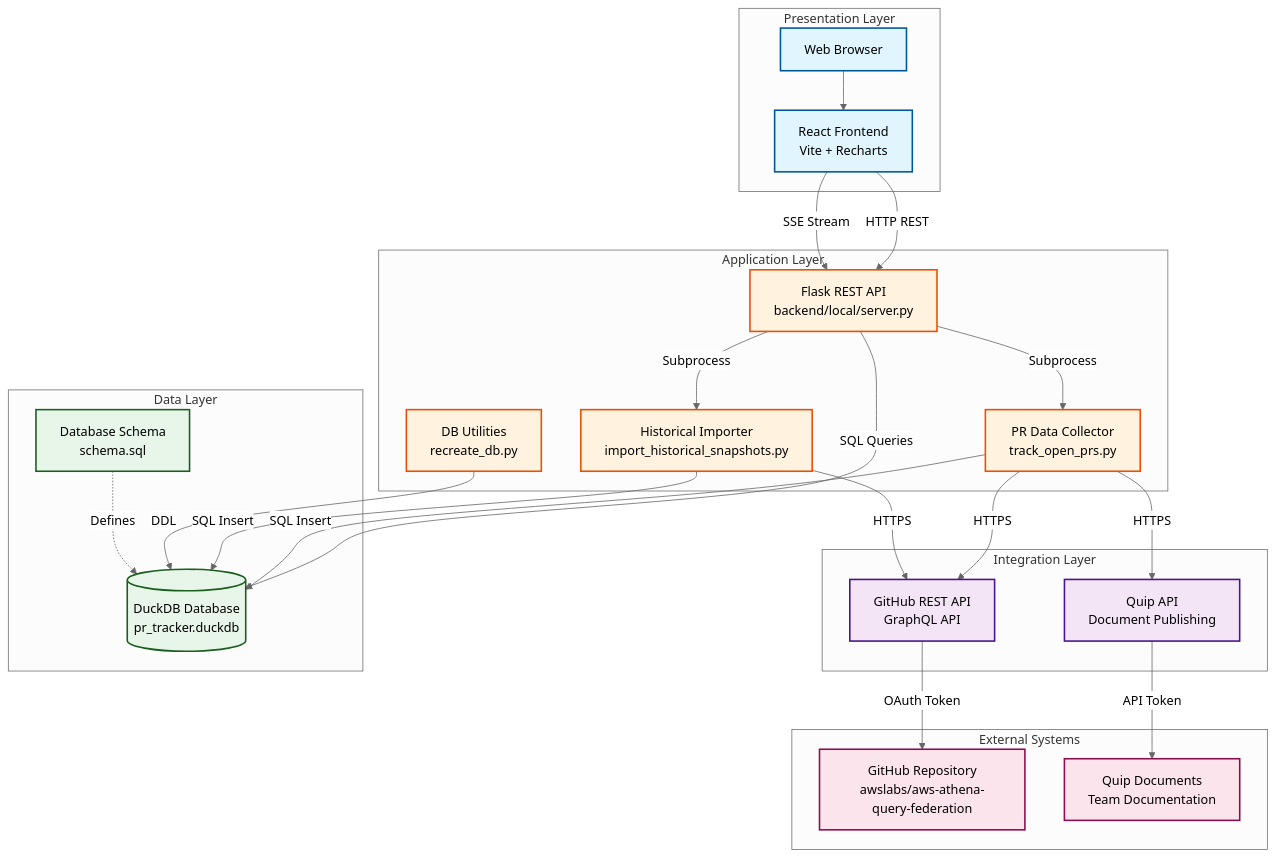
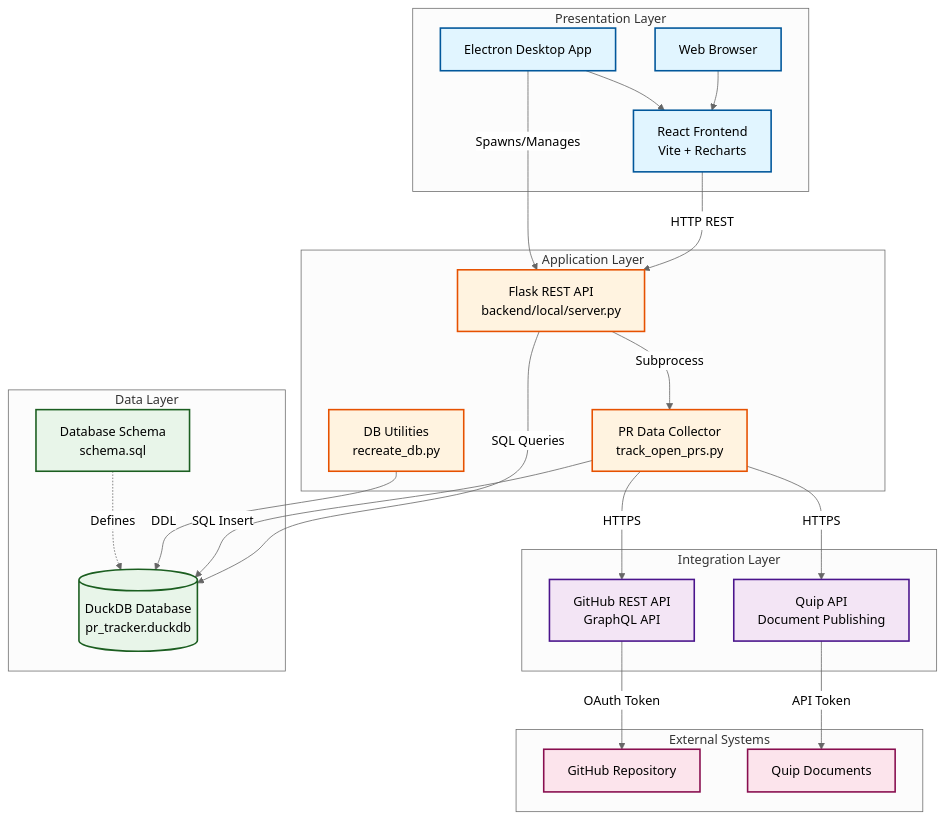
Before and after one commit to macohen/github_tools: the diagram in architecture.md, drawn with Mermaid (neutral theme). The commit also changed other lines of this file and 11 other files, not shown here.

First line of the commit message:
feat(electron): Add Electron desktop app wrapper with bundled backend

````diff
--- a/architecture.md
+++ b/architecture.md
@@ -5,65 +5,65 @@
 ```mermaid
 graph TB
     subgraph "Presentation Layer"
         UI[React Frontend<br/>Vite + Recharts]
         Browser[Web Browser]
+        ElectronApp[Electron Desktop App]
         Browser --> UI
+        ElectronApp --> UI
     end
 
     subgraph "Application Layer"
         API[Flask REST API<br/>backend/local/server.py]
         DataCollector[PR Data Collector<br/>track_open_prs.py]
-        HistImport[Historical Importer<br/>import_historical_snapshots.py]
         DBUtil[DB Utilities<br/>recreate_db.py]
     end
 
     subgraph "Integration Layer"
         GH_API[GitHub REST API<br/>GraphQL API]
         Quip_API[Quip API<br/>Document Publishing]
     end
 
     subgraph "Data Layer"
         DB[(DuckDB Database<br/>pr_tracker.duckdb)]
         Schema[Database Schema<br/>schema.sql]
     end
 
     subgraph "External Systems"
-        GitHub[GitHub Repository<br/>awslabs/aws-athena-query-federation]
-        Quip[Quip Documents<br/>Team Documentation]
+        GitHub[GitHub Repository]
+        Quip[Quip Documents]
     end
 
     %% Presentation to Application
     UI -->|HTTP REST| API
-    UI -->|SSE Stream| API
+
+    %% Electron manages backend lifecycle
+    ElectronApp -->|Spawns/Manages| API
 
     %% Application to Integration
     DataCollector -->|HTTPS| GH_API
     DataCollector -->|HTTPS| Quip_API
-    HistImport -->|HTTPS| GH_API
     API -->|Subprocess| DataCollector
-    API -->|Subprocess| HistImport
 
     %% Integration to External
     GH_API -->|OAuth Token| GitHub
     Quip_API -->|API Token| Quip
 
     %% Application to Data
     API -->|SQL Queries| DB
     DataCollector -->|SQL Insert| DB
-    HistImport -->|SQL Insert| DB
     DBUtil -->|DDL| DB
     Schema -.->|Defines| DB
 
     %% Styling
     classDef presentation fill:#e1f5ff,stroke:#01579b,stroke-width:2px
     classDef application fill:#fff3e0,stroke:#e65100,stroke-width:2px
     classDef integration fill:#f3e5f5,stroke:#4a148c,stroke-width:2px
     classDef data fill:#e8f5e9,stroke:#1b5e20,stroke-width:2px
     classDef external fill:#fce4ec,stroke:#880e4f,stroke-width:2px
 
-    class UI,Browser presentation
-    class API,DataCollector,HistImport,DBUtil application
+    class UI,Browser,ElectronApp presentation
+    class API,DataCollector,DBUtil application
     class GH_API,Quip_API integration
     class DB,Schema data
     class GitHub,Quip external
 ```
````
